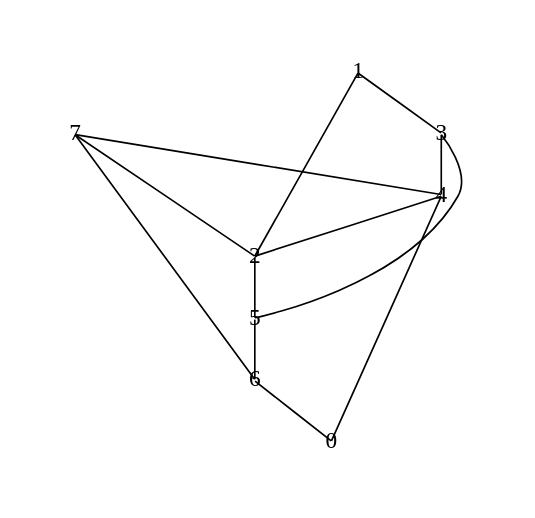
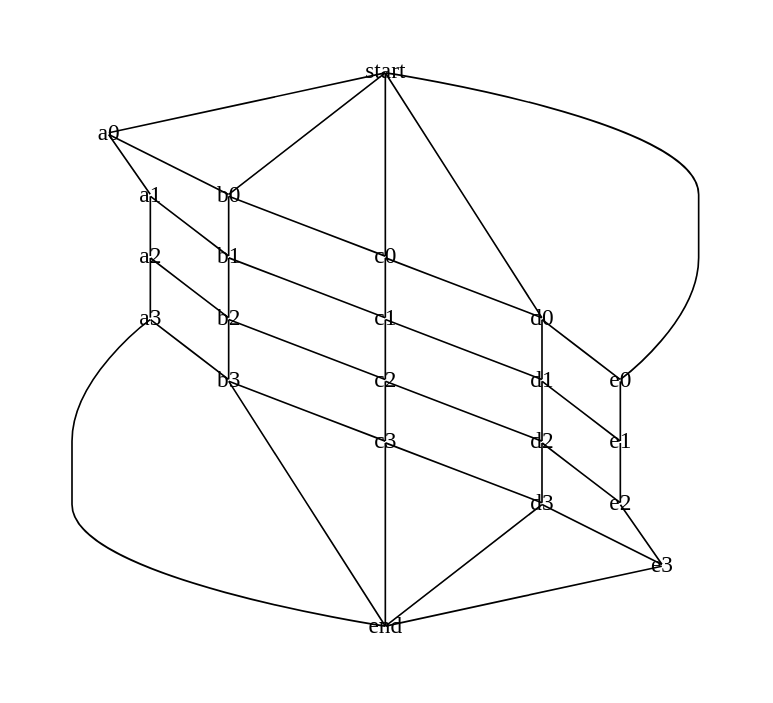
The diagram in viz/graph.gv (MarkusYPA/lem-in), drawn with Graphviz before and after one commit. The commit also changed 10 other files, not shown here.

```diff
--- a/viz/graph.gv
+++ b/viz/graph.gv
@@ -1,31 +1,77 @@
 digraph G {
     ratio=1;
     pad=0.5;
     edge [arrowhead=none];
 
-    1 [shape=box];
-    0 [shape=box];
+    start [shape=box];
+    end [shape=box];
 
-    1 [fixedsize=true height= 0, width=0 color="transparent"];
-    2 [fixedsize=true height= 0, width=0 color="transparent"];
-    3 [fixedsize=true height= 0, width=0 color="transparent"];
-    4 [fixedsize=true height= 0, width=0 color="transparent"];
-    5 [fixedsize=true height= 0, width=0 color="transparent"];
-    6 [fixedsize=true height= 0, width=0 color="transparent"];
-    7 [fixedsize=true height= 0, width=0 color="transparent"];
-    0 [fixedsize=true height= 0, width=0 color="transparent"];
-    #another [fixedsize=true height= 0, width=0 color="transparent"];
+    start [fixedsize=true height= 0, width=0 color="transparent"];
+    a0 [fixedsize=true height= 0, width=0 color="transparent"];
+    b0 [fixedsize=true height= 0, width=0 color="transparent"];
+    c0 [fixedsize=true height= 0, width=0 color="transparent"];
+    d0 [fixedsize=true height= 0, width=0 color="transparent"];
+    e0 [fixedsize=true height= 0, width=0 color="transparent"];
+    a1 [fixedsize=true height= 0, width=0 color="transparent"];
+    b1 [fixedsize=true height= 0, width=0 color="transparent"];
+    c1 [fixedsize=true height= 0, width=0 color="transparent"];
+    d1 [fixedsize=true height= 0, width=0 color="transparent"];
+    e1 [fixedsize=true height= 0, width=0 color="transparent"];
+    a2 [fixedsize=true height= 0, width=0 color="transparent"];
+    b2 [fixedsize=true height= 0, width=0 color="transparent"];
+    c2 [fixedsize=true height= 0, width=0 color="transparent"];
+    d2 [fixedsize=true height= 0, width=0 color="transparent"];
+    e2 [fixedsize=true height= 0, width=0 color="transparent"];
+    a3 [fixedsize=true height= 0, width=0 color="transparent"];
+    b3 [fixedsize=true height= 0, width=0 color="transparent"];
+    c3 [fixedsize=true height= 0, width=0 color="transparent"];
+    d3 [fixedsize=true height= 0, width=0 color="transparent"];
+    e3 [fixedsize=true height= 0, width=0 color="transparent"];
+    end [fixedsize=true height= 0, width=0 color="transparent"];
+    # [fixedsize=true height= 0, width=0 color="transparent"];
+    # [fixedsize=true height= 0, width=0 color="transparent"];
+    # [fixedsize=true height= 0, width=0 color="transparent"];
+    # [fixedsize=true height= 0, width=0 color="transparent"];
 
-    4 -> 0
-    6 -> 0
-    1 -> 3;
-    3 -> 4
-    2 -> 5
-    3 -> 5;
-    4 -> 2;
-    1 -> 2
-    7 -> 6;
-    7 -> 2;
-    7 -> 4;
-    5 -> 6
+    start -> a0;
+    start -> b0;
+    start -> c0;
+    start -> d0;
+    start -> e0;
+    a3 -> end;
+    b3 -> end;
+    c3 -> end;
+    d3 -> end;
+    e3 -> end;
+    a0 -> b0;
+    b0 -> c0;
+    c0 -> d0;
+    d0 -> e0;
+    a1 -> b1;
+    b1 -> c1;
+    c1 -> d1;
+    d1 -> e1;
+    a2 -> b2;
+    b2 -> c2;
+    c2 -> d2;
+    d2 -> e2;
+    a3 -> b3;
+    b3 -> c3;
+    c3 -> d3;
+    d3 -> e3;
+    a0 -> a1;
+    a1 -> a2;
+    a2 -> a3;
+    b0 -> b1;
+    b1 -> b2;
+    b2 -> b3;
+    c0 -> c1;
+    c1 -> c2;
+    c2 -> c3;
+    d0 -> d1;
+    d1 -> d2;
+    d2 -> d3;
+    e0 -> e1;
+    e1 -> e2;
+    e2 -> e3;
 }
```
